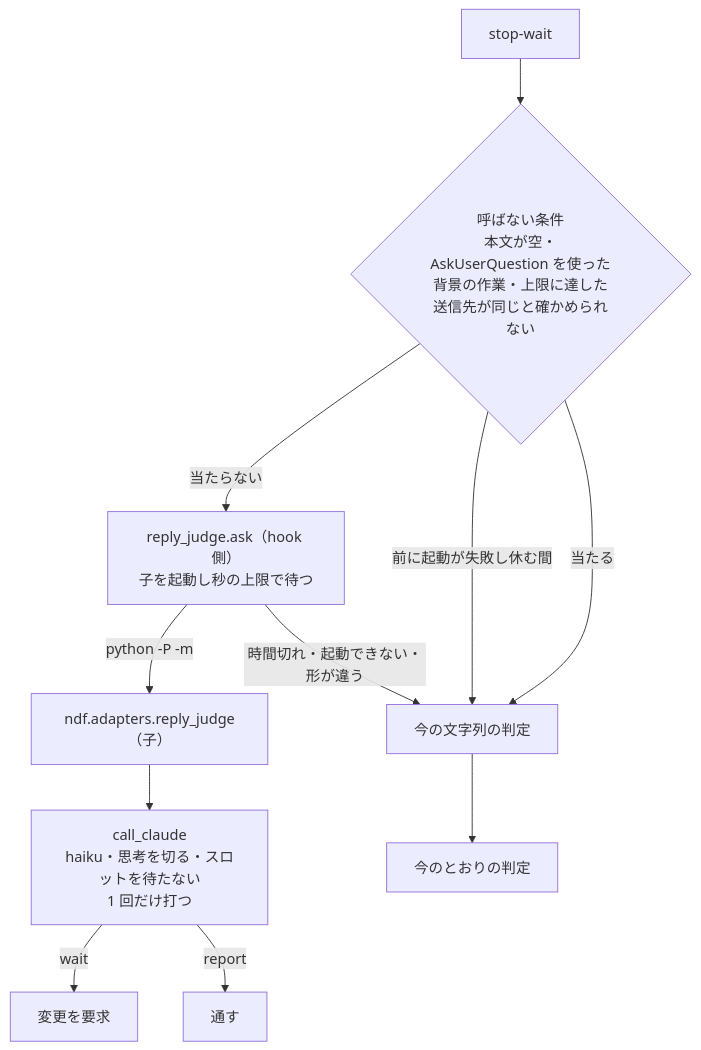
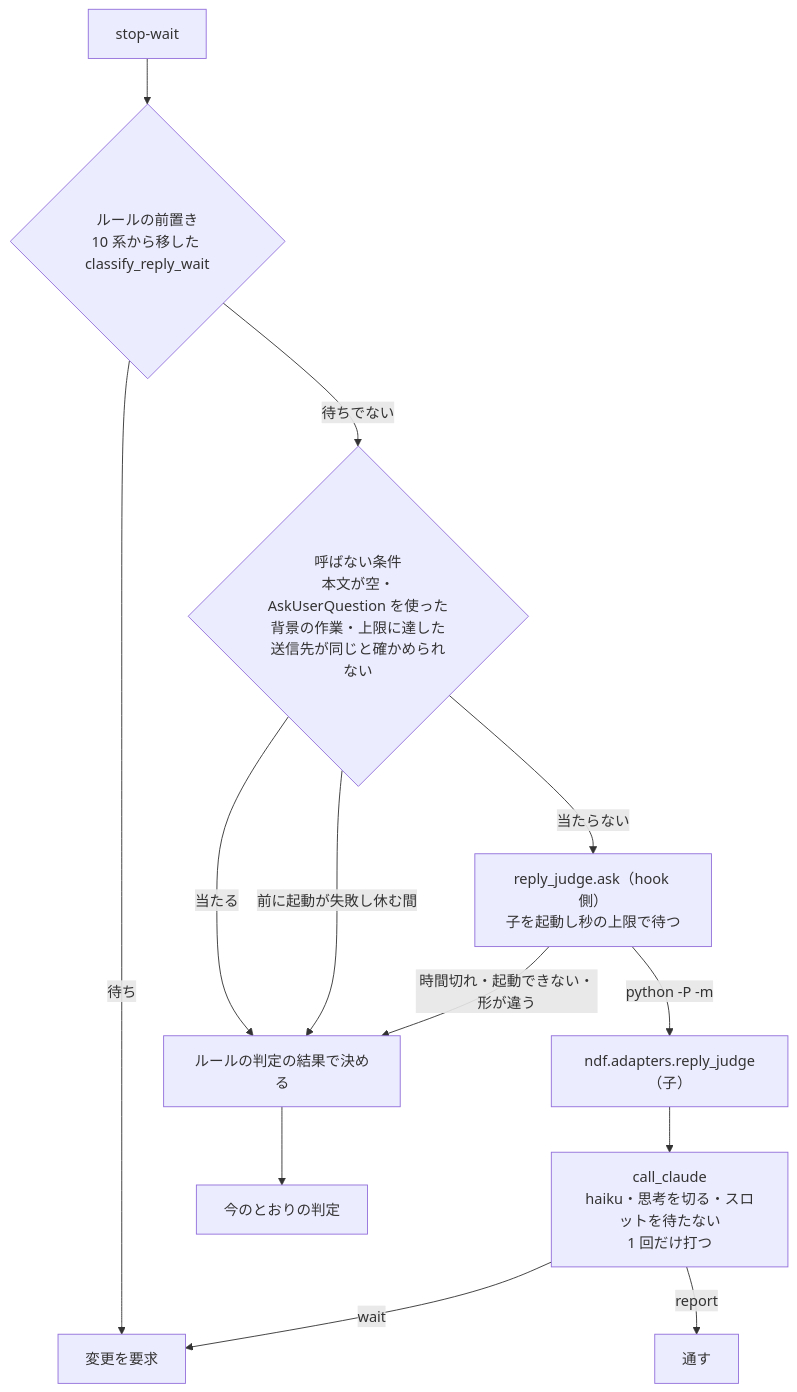
The second of 3 diagrams in issues/issue-4000-design.md (devbasex/ai-plugins), drawn with Mermaid before and after one commit. The commit also changed other lines of this file and 5 other files, not shown here.

````diff
--- a/issues/issue-4000-design.md
+++ b/issues/issue-4000-design.md
@@ -47,13 +47,15 @@
 ```mermaid
 flowchart TB
-  SW[stop-wait] --> SK{呼ばない条件<br/>本文が空・AskUserQuestion を使った<br/>背景の作業・上限に達した<br/>送信先が同じと確かめられない}
-  SK -->|当たる| FB[今の文字列の判定]
+  SW[stop-wait] --> RL{ルールの前置き<br/>10 系から移した classify_reply_wait}
+  RL -->|待ち| PB
+  RL -->|待ちでない| SK{呼ばない条件<br/>本文が空・AskUserQuestion を使った<br/>背景の作業・上限に達した<br/>送信先が同じと確かめられない}
+  SK -->|当たる| FB[ルールの判定の結果で決める]
   SK -->|前に起動が失敗し休む間| FB
   SK -->|当たらない| HJ[reply_judge.ask（hook 側）<br/>子を起動し秒の上限で待つ]
   HJ -->|python -P -m| CH[ndf.adapters.reply_judge（子）]
   CH --> CL[call_claude<br/>haiku・思考を切る・スロットを待たない<br/>1 回だけ打つ]
   CL -->|wait| PB[変更を要求]
   CL -->|report| PS[通す]
   HJ -->|時間切れ・起動できない・形が違う| FB
   FB --> V[今のとおりの判定]
 ```
````
